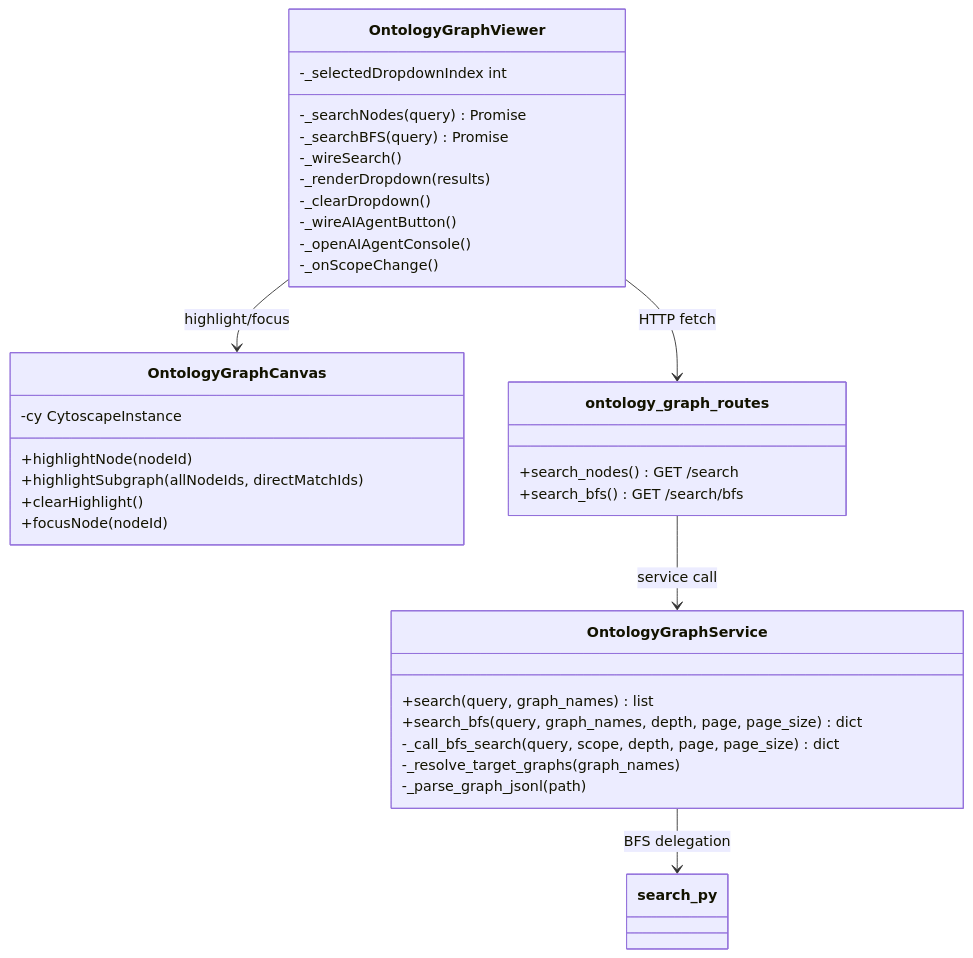
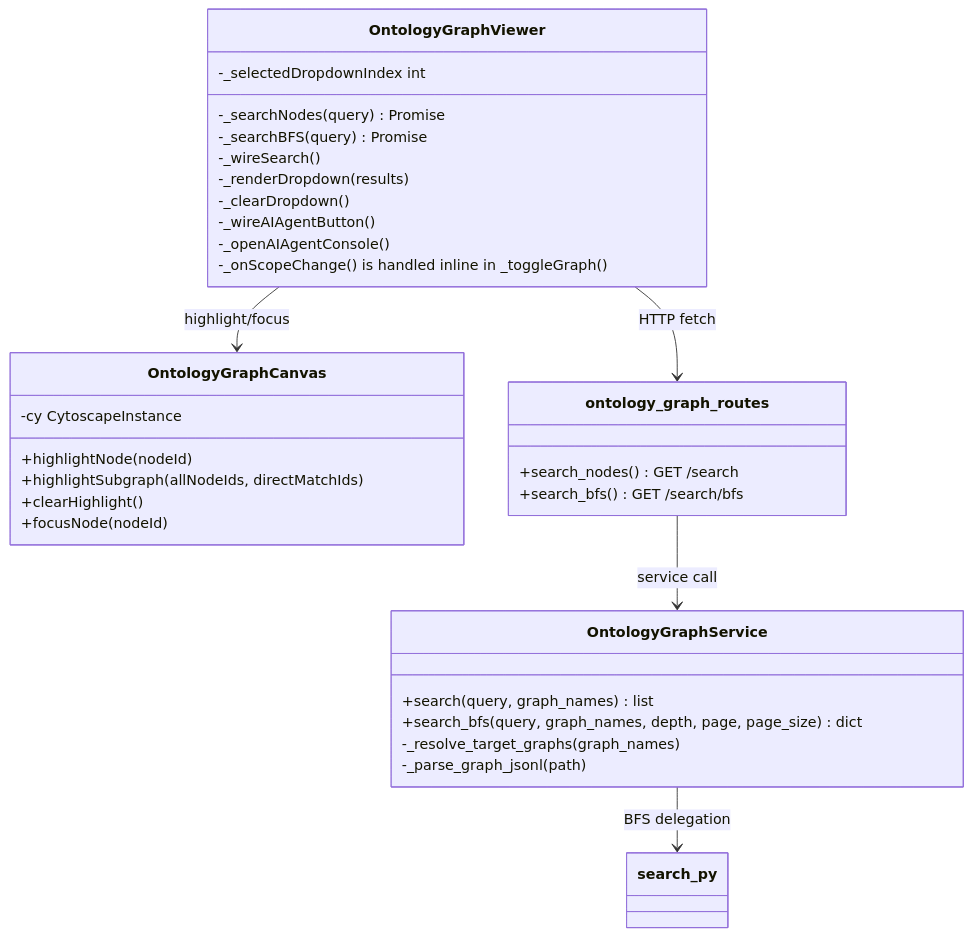
The second of 2 diagrams in x-ipe-docs/requirements/EPIC-058/FEATURE-058-F/technical-design.md (Young-Z/X-IPE), drawn with Mermaid before and after one commit. The commit also changed other lines of this file and 7 other files, not shown here.

````diff
--- a/x-ipe-docs/requirements/EPIC-058/FEATURE-058-F/technical-design.md
+++ b/x-ipe-docs/requirements/EPIC-058/FEATURE-058-F/technical-design.md
@@ -128,40 +128,39 @@
 ```mermaid
 classDiagram
     class OntologyGraphViewer {
         -_searchNodes(query) Promise
         -_searchBFS(query) Promise
         -_wireSearch()
         -_renderDropdown(results)
         -_clearDropdown()
         -_wireAIAgentButton()
         -_openAIAgentConsole()
-        -_onScopeChange()
+        -_onScopeChange() is handled inline in _toggleGraph()
         -_selectedDropdownIndex int
     }
 
     class OntologyGraphCanvas {
         +highlightNode(nodeId)
         +highlightSubgraph(allNodeIds, directMatchIds)
         +clearHighlight()
         +focusNode(nodeId)
         -cy CytoscapeInstance
     }
 
     class OntologyGraphService {
         +search(query, graph_names) list
         +search_bfs(query, graph_names, depth, page, page_size) dict
-        -_call_bfs_search(query, scope, depth, page, page_size) dict
         -_resolve_target_graphs(graph_names)
         -_parse_graph_jsonl(path)
     }
 
     class ontology_graph_routes {
         +search_nodes() GET /search
         +search_bfs() GET /search/bfs
     }
 
     OntologyGraphViewer --> OntologyGraphCanvas : highlight/focus
     OntologyGraphViewer --> ontology_graph_routes : HTTP fetch
     ontology_graph_routes --> OntologyGraphService : service call
     OntologyGraphService --> search_py : BFS delegation
 ```
````
